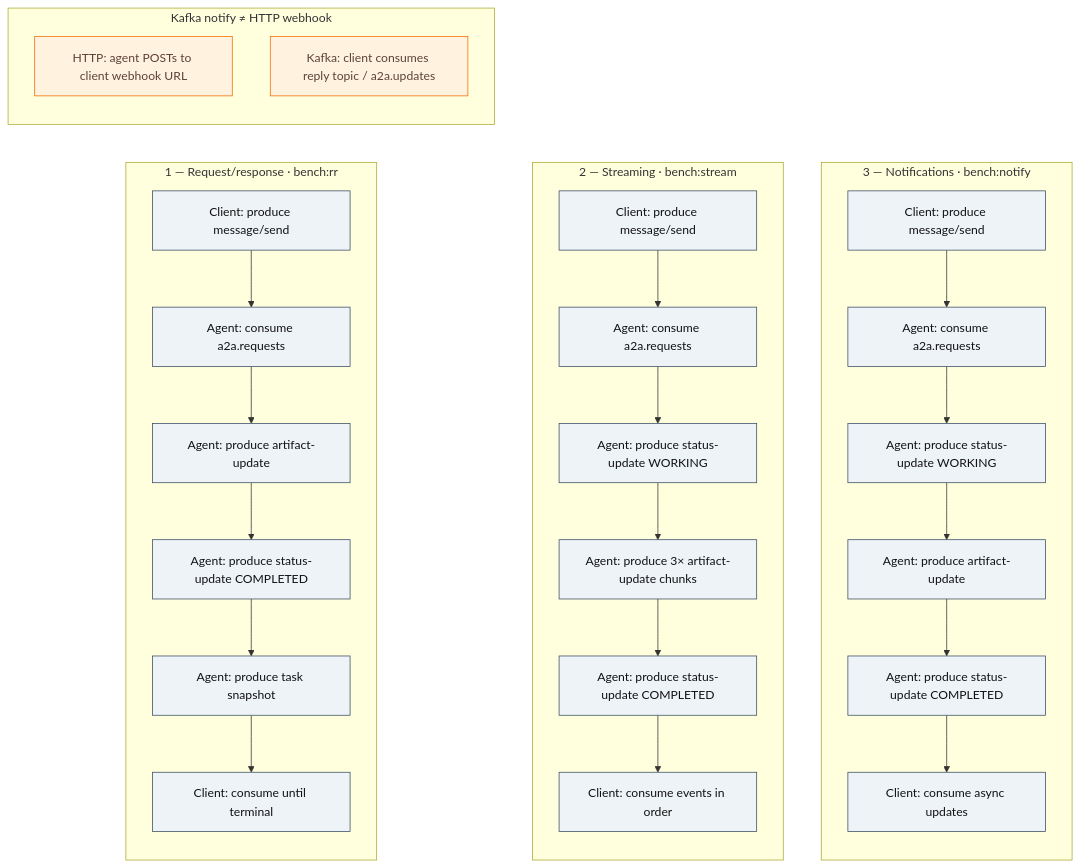
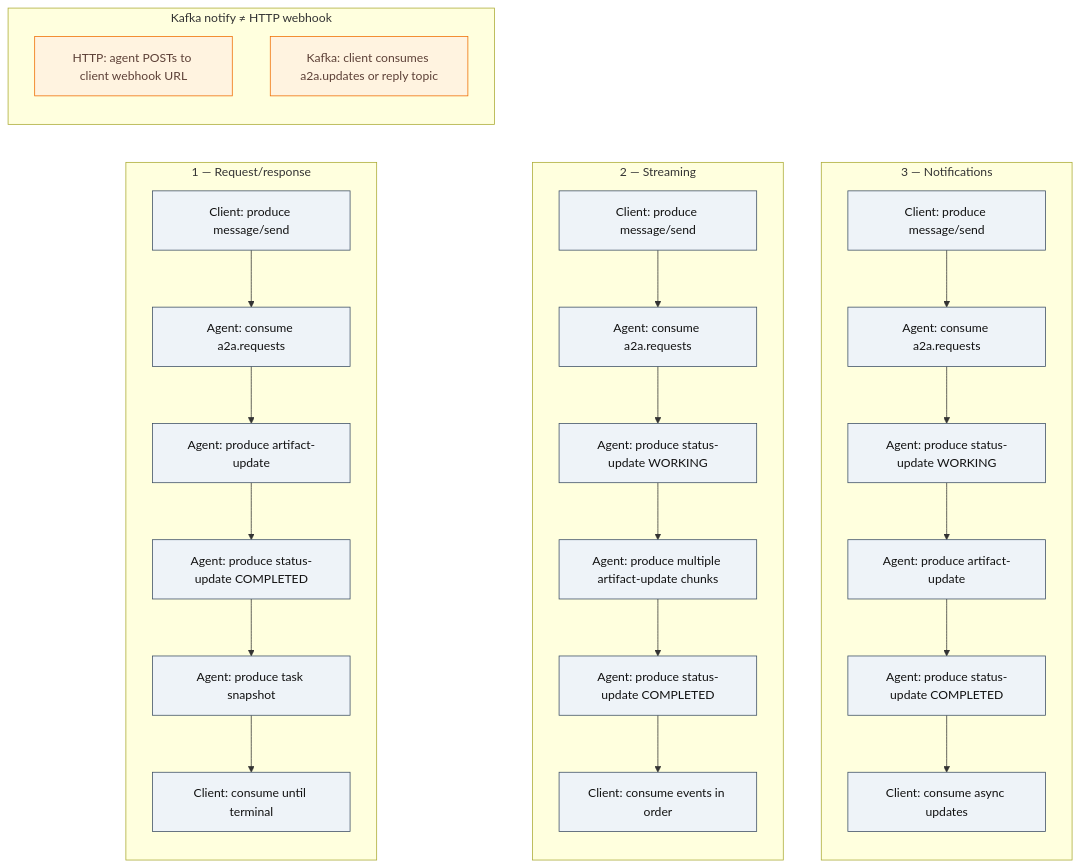
The diagram in AI/A2A/a2a-kafka/docs/diagrams/a2a-kafka-rr-stream-notify.mmd (instaclustr/code-samples), drawn with Mermaid before and after one commit. The commit also changed 4 other files, not shown here.

```diff
--- a/AI/A2A/a2a-kafka/docs/diagrams/a2a-kafka-rr-stream-notify.mmd
+++ b/AI/A2A/a2a-kafka/docs/diagrams/a2a-kafka-rr-stream-notify.mmd
@@ -1,46 +1,46 @@
 flowchart LR
-  subgraph RR["1 — Request/response · bench:rr"]
+  subgraph RR["1 — Request/response"]
     direction TB
     RR1["Client: produce message/send"]
     RR2["Agent: consume a2a.requests"]
     RR3["Agent: produce artifact-update"]
     RR4["Agent: produce status-update COMPLETED"]
     RR5["Agent: produce task snapshot"]
     RR6["Client: consume until terminal"]
     RR1 --> RR2 --> RR3 --> RR4 --> RR5 --> RR6
   end
 
-  subgraph STR["2 — Streaming · bench:stream"]
+  subgraph STR["2 — Streaming"]
     direction TB
     S1["Client: produce message/send"]
     S2["Agent: consume a2a.requests"]
     S3["Agent: produce status-update WORKING"]
-    S4["Agent: produce 3× artifact-update chunks"]
+    S4["Agent: produce multiple artifact-update chunks"]
     S5["Agent: produce status-update COMPLETED"]
     S6["Client: consume events in order"]
     S1 --> S2 --> S3 --> S4 --> S5 --> S6
   end
 
-  subgraph NTF["3 — Notifications · bench:notify"]
+  subgraph NTF["3 — Notifications"]
     direction TB
     N1["Client: produce message/send"]
     N2["Agent: consume a2a.requests"]
     N3["Agent: produce status-update WORKING"]
     N4["Agent: produce artifact-update"]
     N5["Agent: produce status-update COMPLETED"]
     N6["Client: consume async updates"]
     N1 --> N2 --> N3 --> N4 --> N5 --> N6
   end
 
   RR ~~~ STR ~~~ NTF
 
   subgraph NOTE["Kafka notify ≠ HTTP webhook"]
     direction TB
     N7["HTTP: agent POSTs to client webhook URL"]
-    N8["Kafka: client consumes reply topic / a2a.updates"]
+    N8["Kafka: client consumes a2a.updates or reply topic"]
   end
 
   classDef phase fill:#eef3f8,color:#111,stroke:#3b4d63,stroke-width:1px;
   classDef accent fill:#fff3e0,color:#5d4037,stroke:#ef6c00,stroke-width:1px;
   class RR1,RR2,RR3,RR4,RR5,RR6,S1,S2,S3,S4,S5,S6,N1,N2,N3,N4,N5,N6 phase;
   class N7,N8 accent;
```
